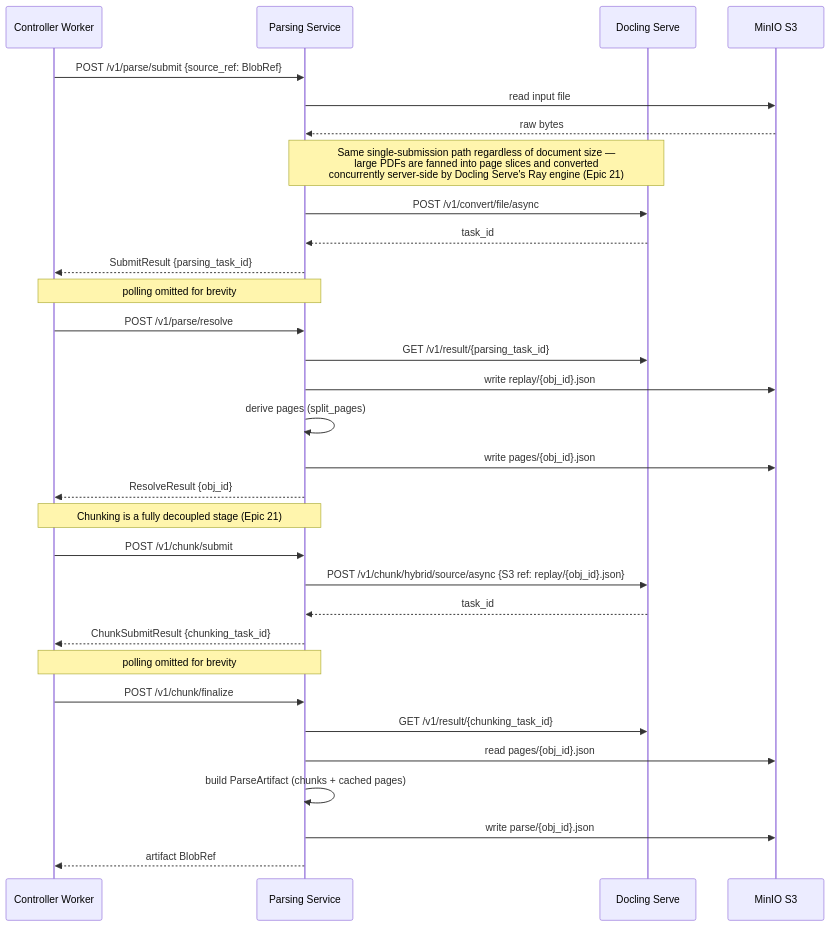
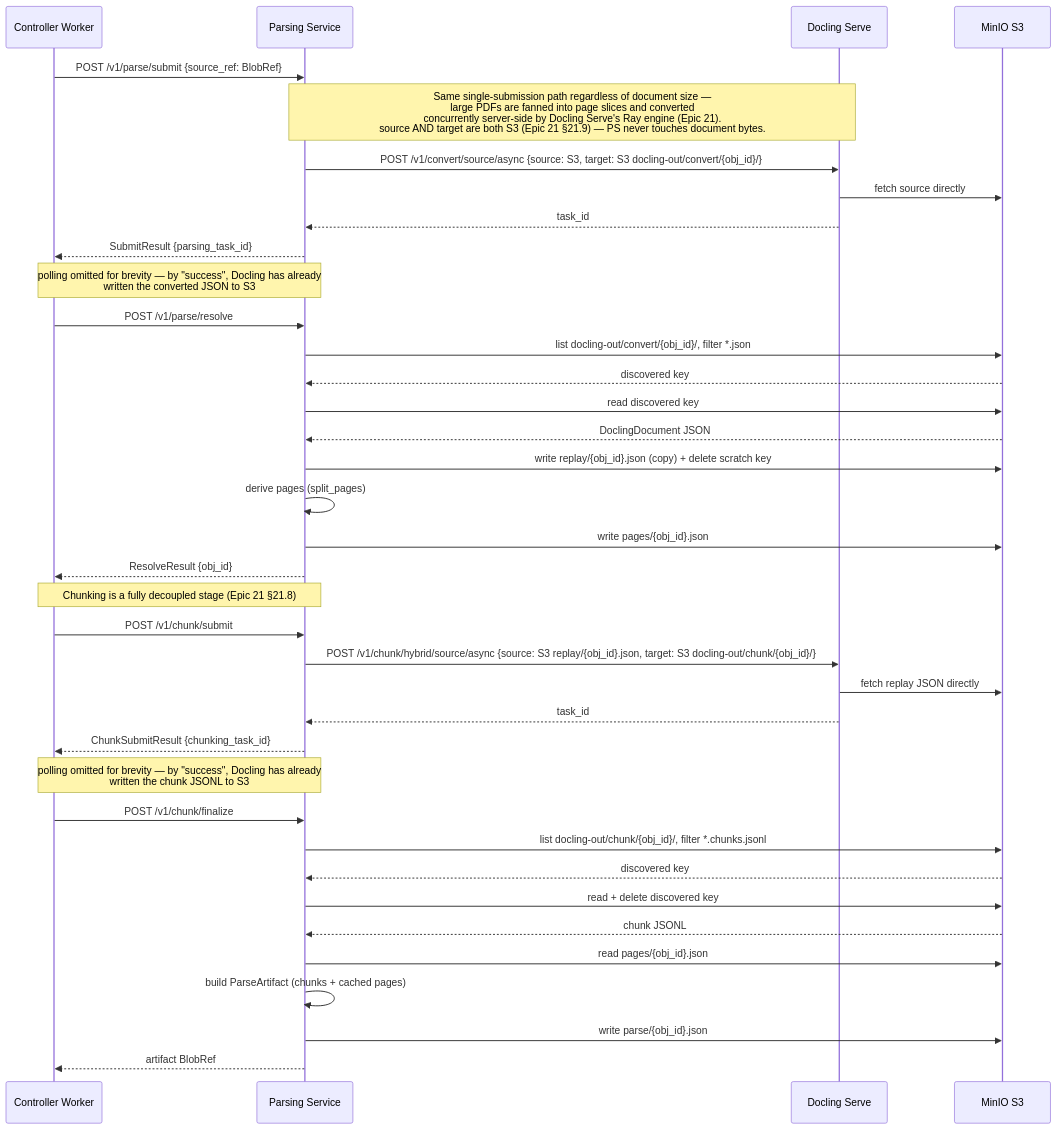
Before and after one commit to k-sparrow/artemis: the third of 4 diagrams in docs/architecture/ingestion-subsystem.md, drawn with Mermaid. The commit also changed 9 other files, not shown here.

First line of the commit message:
[src/backend/parsing] move convert/chunk result handoff to S3Target

````diff
--- a/docs/architecture/ingestion-subsystem.md
+++ b/docs/architecture/ingestion-subsystem.md
@@ -158,40 +158,46 @@
 ```mermaid
 sequenceDiagram
     participant CW as Controller Worker
     participant PS as Parsing Service
     participant Docling as Docling Serve
     participant S3 as MinIO S3
 
     CW->>PS: POST /v1/parse/submit {source_ref: BlobRef}
-    PS->>S3: read input file
-    S3-->>PS: raw bytes
-    note over PS,Docling: Same single-submission path regardless of document size —<br/>large PDFs are fanned into page slices and converted<br/>concurrently server-side by Docling Serve's Ray engine (Epic 21)
-    PS->>Docling: POST /v1/convert/file/async
+    note over PS,Docling: Same single-submission path regardless of document size —<br/>large PDFs are fanned into page slices and converted<br/>concurrently server-side by Docling Serve's Ray engine (Epic 21).<br/>source AND target are both S3 (Epic 21 §21.9) — PS never touches document bytes.
+    PS->>Docling: POST /v1/convert/source/async {source: S3, target: S3 docling-out/convert/{obj_id}/}
+    Docling->>S3: fetch source directly
     Docling-->>PS: task_id
     PS-->>CW: SubmitResult {parsing_task_id}
 
-    note over CW,PS: polling omitted for brevity
+    note over CW,PS: polling omitted for brevity — by "success", Docling has already<br/>written the converted JSON to S3
 
     CW->>PS: POST /v1/parse/resolve
-    PS->>Docling: GET /v1/result/{parsing_task_id}
-    PS->>S3: write replay/{obj_id}.json
+    PS->>S3: list docling-out/convert/{obj_id}/, filter *.json
+    S3-->>PS: discovered key
+    PS->>S3: read discovered key
+    S3-->>PS: DoclingDocument JSON
+    PS->>S3: write replay/{obj_id}.json (copy) + delete scratch key
     PS->>PS: derive pages (split_pages)
     PS->>S3: write pages/{obj_id}.json
     PS-->>CW: ResolveResult {obj_id}
 
-    note over CW,PS: Chunking is a fully decoupled stage (Epic 21)
+    note over CW,PS: Chunking is a fully decoupled stage (Epic 21 §21.8)
 
     CW->>PS: POST /v1/chunk/submit
-    PS->>Docling: POST /v1/chunk/hybrid/source/async {S3 ref: replay/{obj_id}.json}
+    PS->>Docling: POST /v1/chunk/hybrid/source/async {source: S3 replay/{obj_id}.json, target: S3 docling-out/chunk/{obj_id}/}
+    Docling->>S3: fetch replay JSON directly
     Docling-->>PS: task_id
     PS-->>CW: ChunkSubmitResult {chunking_task_id}
 
-    note over CW,PS: polling omitted for brevity
+    note over CW,PS: polling omitted for brevity — by "success", Docling has already<br/>written the chunk JSONL to S3
 
     CW->>PS: POST /v1/chunk/finalize
-    PS->>Docling: GET /v1/result/{chunking_task_id}
+    PS->>S3: list docling-out/chunk/{obj_id}/, filter *.chunks.jsonl
+    S3-->>PS: discovered key
+    PS->>S3: read + delete discovered key
+    S3-->>PS: chunk JSONL
     PS->>S3: read pages/{obj_id}.json
     PS->>PS: build ParseArtifact (chunks + cached pages)
     PS->>S3: write parse/{obj_id}.json
     PS-->>CW: artifact BlobRef
 ```
````
